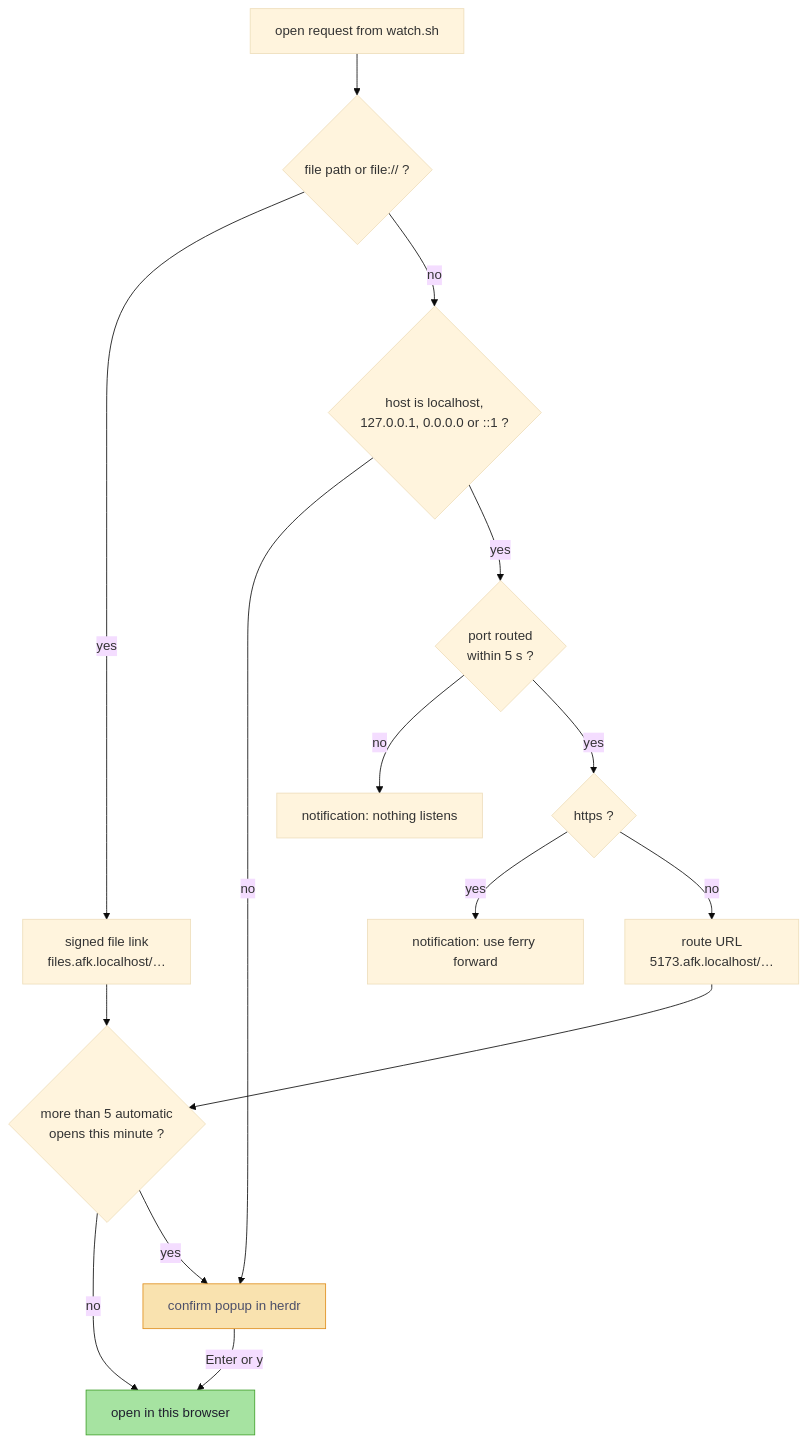
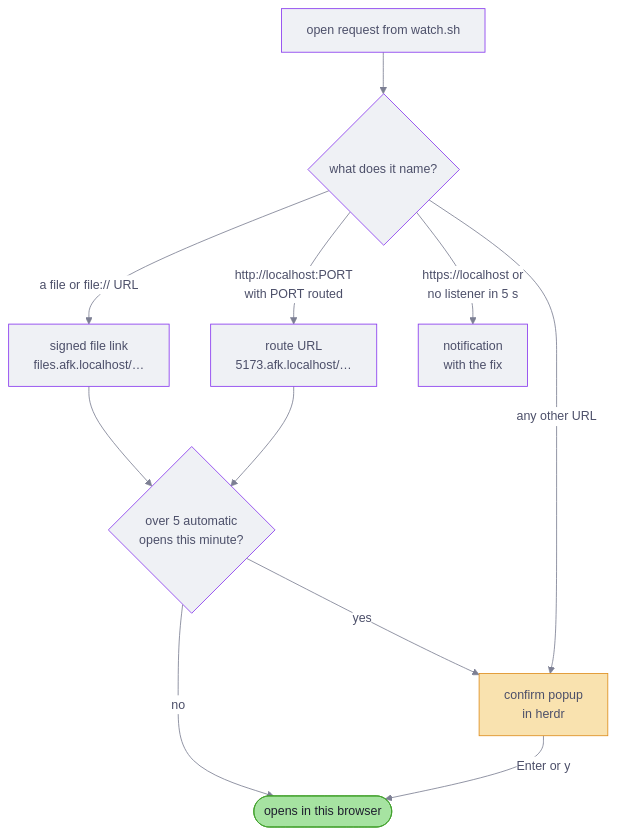
Before and after one commit to kujjwal02/bifrost: the third of 6 diagrams in docs/architecture.md, drawn with Mermaid. The commit also changed other lines of this file and 2 other files, not shown here.

Commit message:
docs: drawn architecture overview, themed and simpler diagrams

````diff
--- a/docs/architecture.md
+++ b/docs/architecture.md
@@ -132,23 +101,19 @@
 ```mermaid
-%%{init: {"theme": "base", "themeVariables": {"fontFamily": "ui-sans-serif, system-ui"}}}%%
+%%{init: {"theme": "base", "themeVariables": {"fontFamily": "ui-sans-serif, system-ui, sans-serif", "fontSize": "15px", "primaryColor": "#eff1f5", "primaryBorderColor": "#8839ef", "primaryTextColor": "#4c4f69", "lineColor": "#7c7f93", "secondaryColor": "#e6e9ef", "tertiaryColor": "#f5f5fa", "edgeLabelBackground": "#ffffff", "actorBkg": "#eff1f5", "actorBorder": "#8839ef", "actorTextColor": "#4c4f69", "signalColor": "#5c5f77", "signalTextColor": "#4c4f69", "sequenceNumberColor": "#ffffff", "labelBoxBkgColor": "#eff1f5"}}}%%
 flowchart TD
-  request["open request from watch.sh"] --> file{"file path or file:// ?"}
-  file -- yes --> filelink["signed file link<br/>files.afk.localhost/…"]
-  file -- no --> local{"host is localhost,<br/>127.0.0.1, 0.0.0.0 or ::1 ?"}
-  local -- no --> popup["confirm popup in herdr"]
-  local -- yes --> routed{"port routed<br/>within 5 s ?"}
-  routed -- no --> nothing["notification: nothing listens"]
-  routed -- yes --> https{"https ?"}
-  https -- yes --> hint["notification: use ferry forward"]
-  https -- no --> page["route URL<br/>5173.afk.localhost/…"]
-  filelink --> budget{"more than 5 automatic<br/>opens this minute ?"}
+  request["open request from watch.sh"] --> kind{"what does it name?"}
+  kind -- "a file or file:// URL" --> filelink["signed file link<br/>files.afk.localhost/…"]
+  kind -- "http://localhost:PORT<br/>with PORT routed" --> page["route URL<br/>5173.afk.localhost/…"]
+  kind -- "https://localhost or<br/>no listener in 5 s" --> notify["notification<br/>with the fix"]
+  kind -- "any other URL" --> popup["confirm popup<br/>in herdr"]
+  filelink --> budget{"over 5 automatic<br/>opens this minute?"}
   page --> budget
-  budget -- no --> open["open in this browser"]
+  budget -- no --> open(["opens in this browser"])
   budget -- yes --> popup
   popup -- "Enter or y" --> open
 
   classDef ask fill:#f9e2af,stroke:#df8e1d,color:#4c4f69
   classDef go fill:#a6e3a1,stroke:#40a02b,color:#1e1e2e
   class popup ask
   class open go
 ```
````
